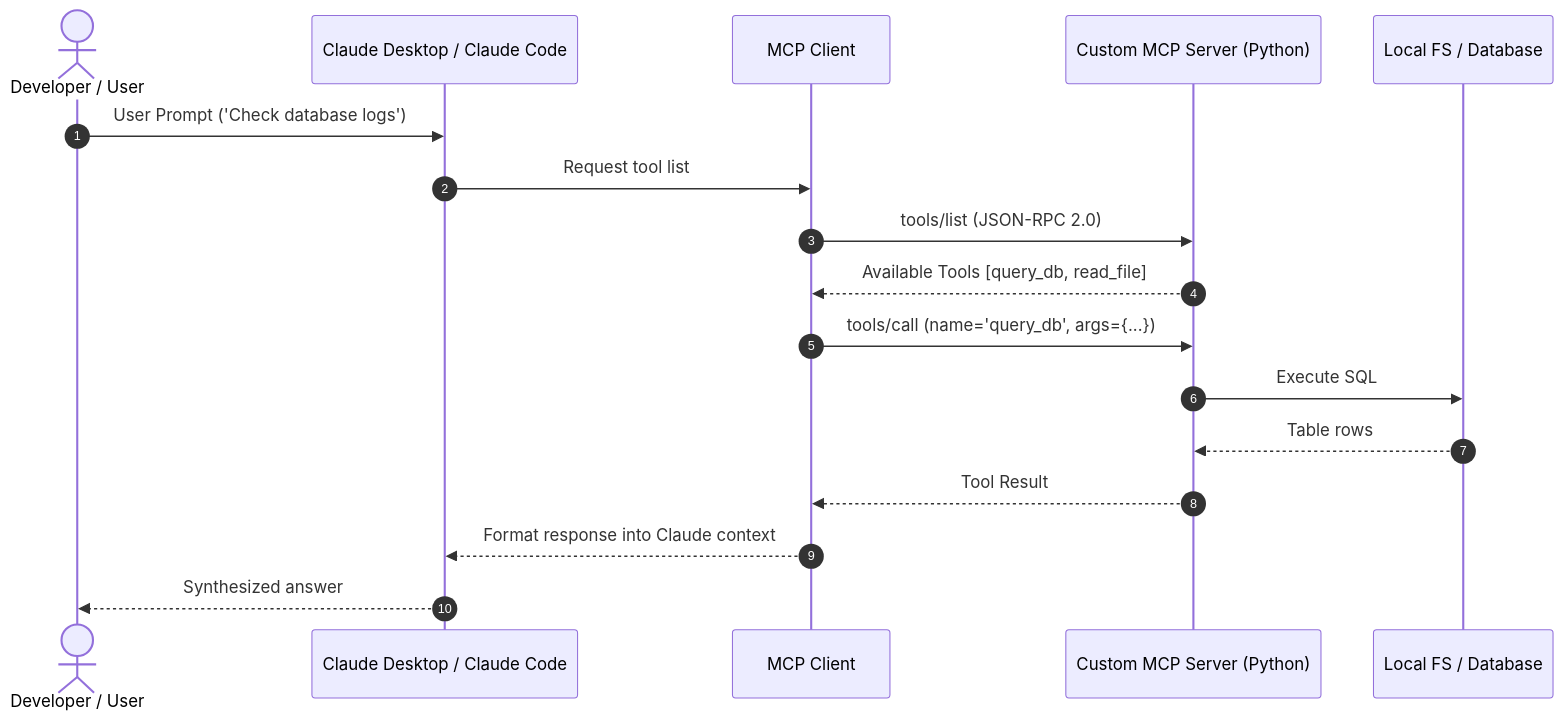
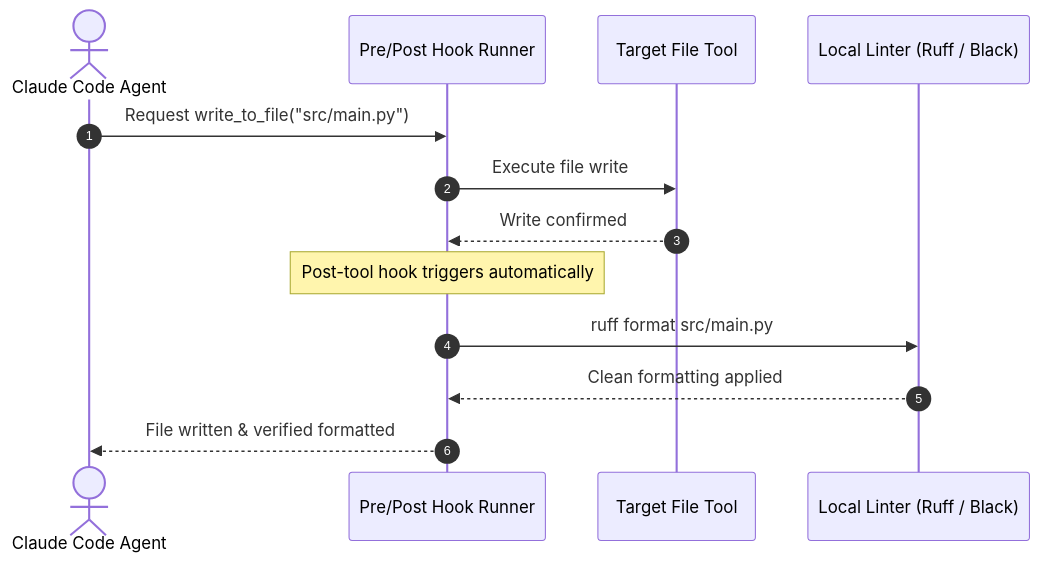
Before and after one commit to DeshDeepakKant/ai-engineering-docs: the diagram in docs/05-mcp-and-claude-code/02-agentic-coding-claude-code-campusx/14-hooks-in-claude-code-full-theory-practic.md, drawn with Mermaid. The commit also changed other lines of this file and 182 other files, not shown here.

````diff
--- a/docs/05-mcp-and-claude-code/02-agentic-coding-claude-code-campusx/14-hooks-in-claude-code-full-theory-practic.md
+++ b/docs/05-mcp-and-claude-code/02-agentic-coding-claude-code-campusx/14-hooks-in-claude-code-full-theory-practic.md
@@ -35,20 +35,16 @@
 ```mermaid
 sequenceDiagram
     autonumber
-    actor Dev as Developer / User
-    participant Host as Claude Desktop / Claude Code
-    participant Client as MCP Client
-    participant Server as Custom MCP Server (Python)
-    participant Resource as Local FS / Database
+    actor Claude as Claude Code Agent
+    participant Hook as Pre/Post Hook Runner
+    participant Tool as Target File Tool
+    participant Linter as Local Linter (Ruff / Black)
 
-    Dev->>Host: User Prompt ('Check database logs')
-    Host->>Client: Request tool list
-    Client->>Server: tools/list (JSON-RPC 2.0)
-    Server-->>Client: Available Tools [query_db, read_file]
-    Client->>Server: tools/call (name='query_db', args={...})
-    Server->>Resource: Execute SQL
-    Resource-->>Server: Table rows
-    Server-->>Client: Tool Result
-    Client-->>Host: Format response into Claude context
-    Host-->>Dev: Synthesized answer
+    Claude->>Hook: Request write_to_file("src/main.py")
+    Hook->>Tool: Execute file write
+    Tool-->>Hook: Write confirmed
+    Note over Hook: Post-tool hook triggers automatically
+    Hook->>Linter: ruff format src/main.py
+    Linter-->>Hook: Clean formatting applied
+    Hook-->>Claude: File written & verified formatted
 ```
````
